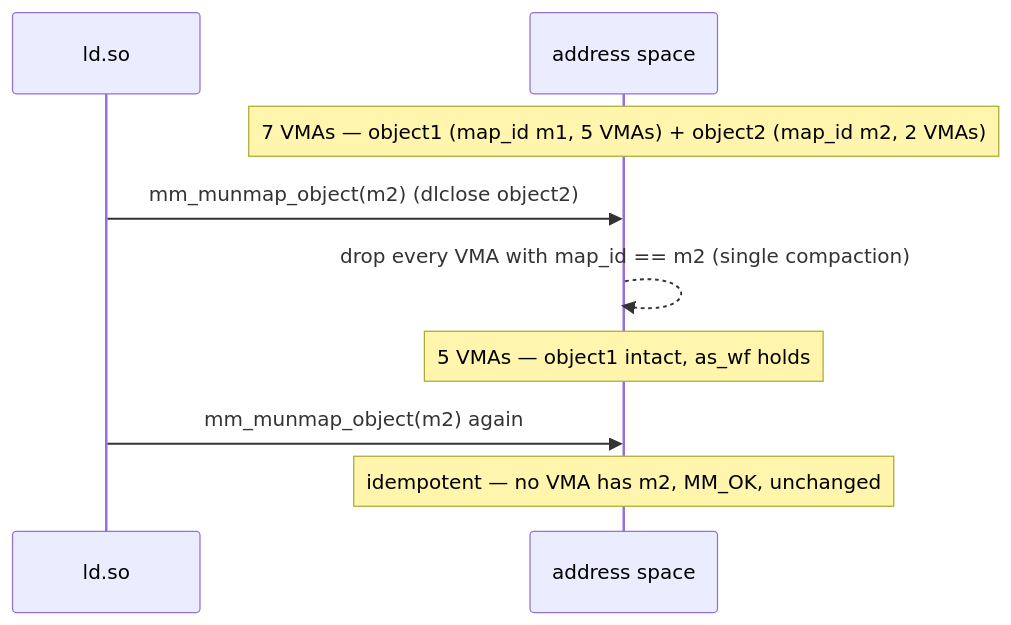
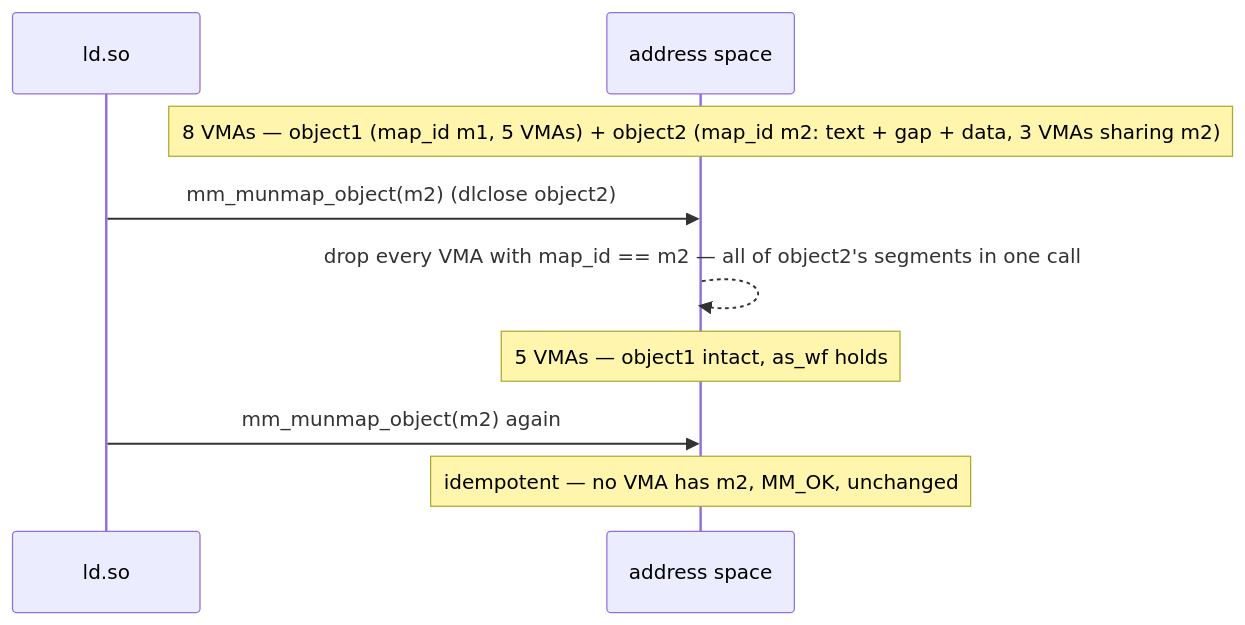
One commit to 4ge32/mmap changed the third of 3 diagrams in docs/ldso_sequence.md. Above: the diagram before and after it, drawn with Mermaid. The commit also changed other lines of this file and 2 other files, not shown here.

First line of the commit message:
docs(ldso): object-scoped map_id + multi-segment dlclose (spec + visuals)

````diff
--- a/docs/ldso_sequence.md
+++ b/docs/ldso_sequence.md
@@ -304,11 +311,11 @@
 ```mermaid
 sequenceDiagram
   participant L as ld.so
   participant AS as address space
-  Note over AS: 7 VMAs — object1 (map_id m1, 5 VMAs) + object2 (map_id m2, 2 VMAs)
+  Note over AS: 8 VMAs — object1 (map_id m1, 5 VMAs) + object2 (map_id m2: text + gap + data, 3 VMAs sharing m2)
   L->>AS: mm_munmap_object(m2)  (dlclose object2)
-  AS-->>AS: drop every VMA with map_id == m2 (single compaction)
+  AS-->>AS: drop every VMA with map_id == m2 — all of object2's segments in one call
   Note over AS: 5 VMAs — object1 intact, as_wf holds
   L->>AS: mm_munmap_object(m2) again
   Note over AS: idempotent — no VMA has m2, MM_OK, unchanged
 ```
````
